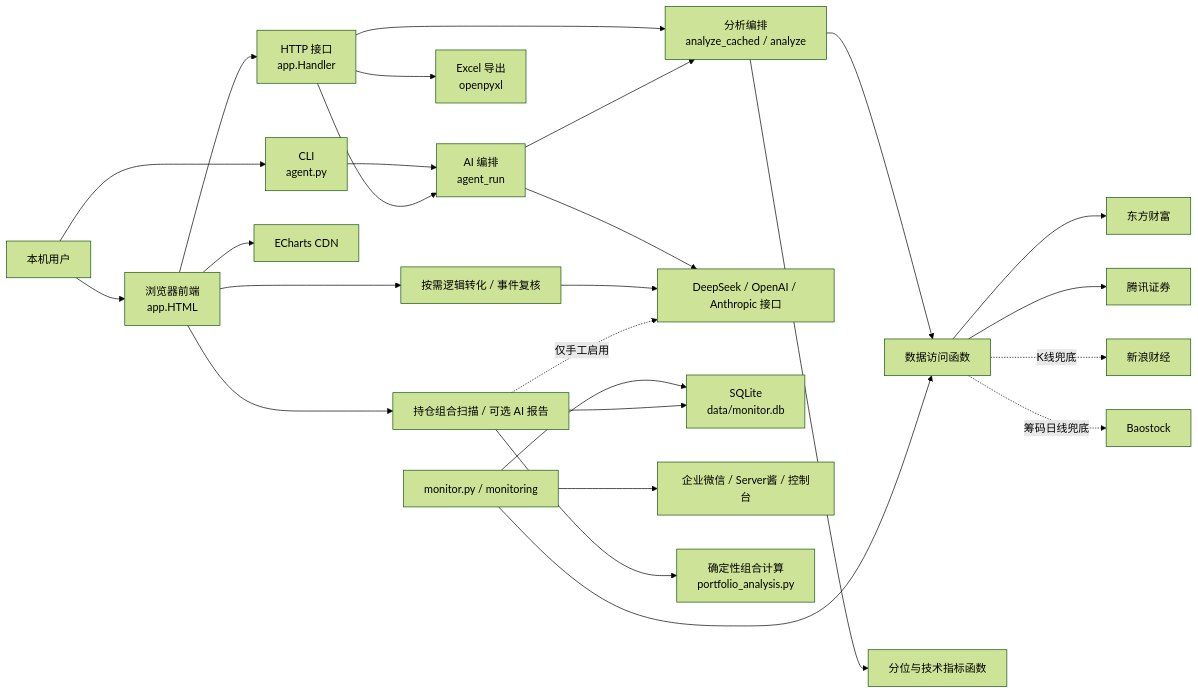
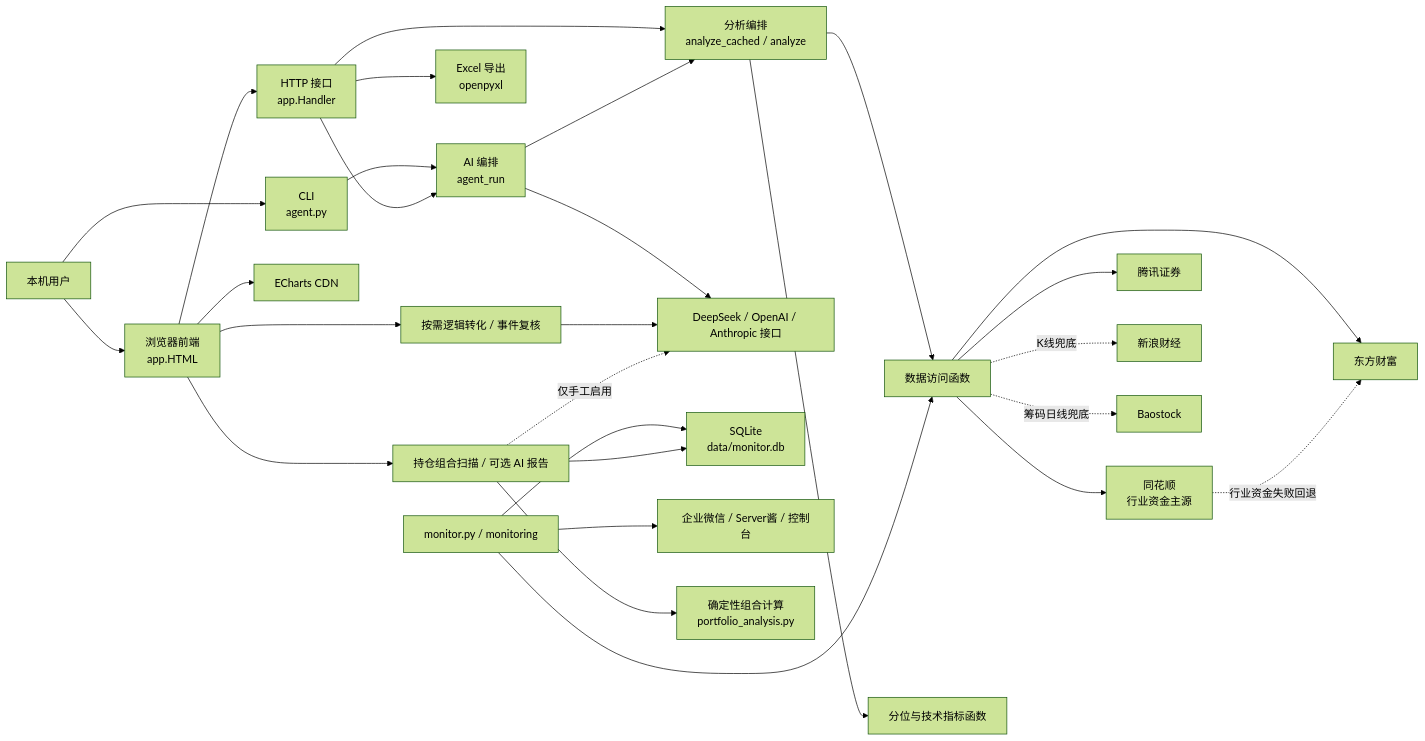
The first of 2 diagrams in docs/ARCHITECTURE.md (pierson1936-crypto/valuation-dashboard), drawn with Mermaid (forest theme) before and after one commit. The commit also changed other lines of this file and 13 other files, not shown here.

Commit message:
feat: add resilient industry fund flow sources

````diff
--- a/docs/ARCHITECTURE.md
+++ b/docs/ARCHITECTURE.md
@@ -9,28 +9,30 @@
 ```mermaid
 flowchart LR
     U["本机用户"] --> B["浏览器前端<br/>app.HTML"]
     U --> C["CLI<br/>agent.py"]
     B --> H["HTTP 接口<br/>app.Handler"]
     C --> A["AI 编排<br/>agent_run"]
     H --> S["分析编排<br/>analyze_cached / analyze"]
     A --> S
     H --> A
     S --> D["数据访问函数"]
     S --> Q["分位与技术指标函数"]
     D --> EM["东方财富"]
+    D --> THS["同花顺<br/>行业资金主源"]
+    THS -. "行业资金失败回退" .-> EM
     D --> T["腾讯证券"]
     D -. "K线兜底" .-> SI["新浪财经"]
     D -. "筹码日线兜底" .-> BS["Baostock"]
     A --> L["DeepSeek / OpenAI / Anthropic 接口"]
     H --> X["Excel 导出<br/>openpyxl"]
     B --> E["ECharts CDN"]
     M["monitor.py / monitoring"] --> D
     M --> DB["SQLite<br/>data/monitor.db"]
     M --> W["企业微信 / Server酱 / 控制台"]
     B --> R["按需逻辑转化 / 事件复核"]
     R --> L
     B --> P["持仓组合扫描 / 可选 AI 报告"]
     P --> PA["确定性组合计算<br/>portfolio_analysis.py"]
     P --> DB
     P -. "仅手工启用" .-> L
 ```
````
